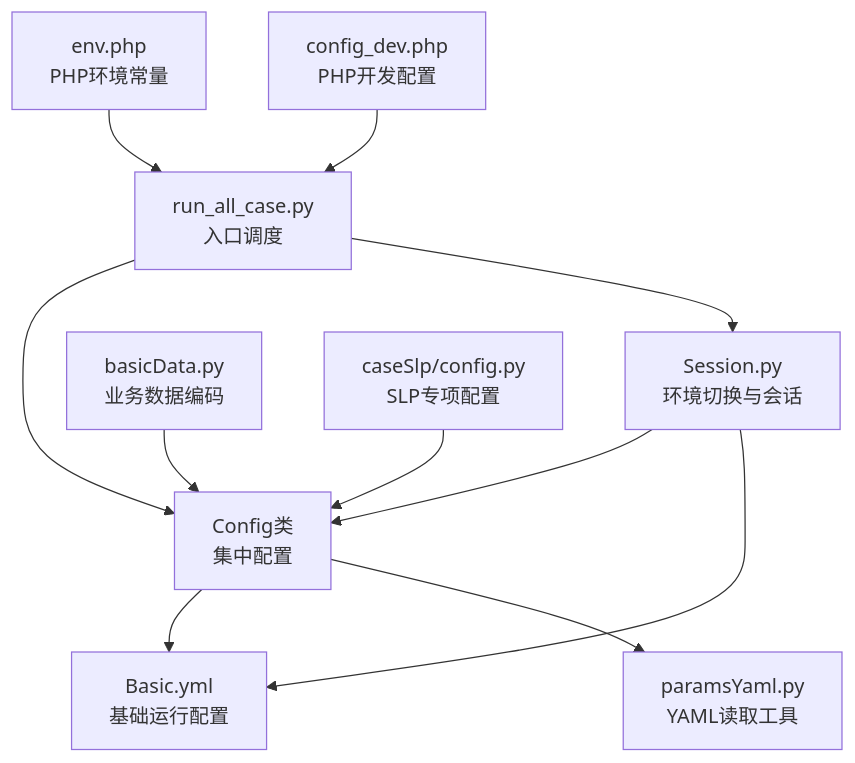
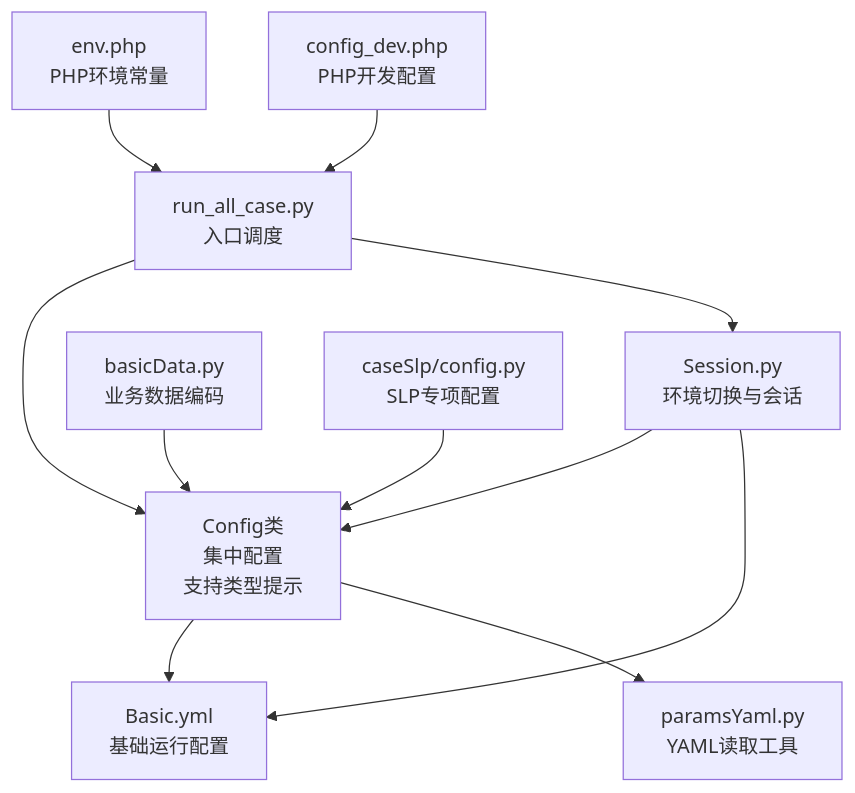
One commit to liximing1-ola/qa-payTest changed the first of 7 diagrams in .qoder/repowiki/zh/content/核心模块/配置管理模块.md. Above: the diagram before and after it, drawn with Mermaid. The commit also changed other lines of this file and 14 other files, not shown here.

````diff
--- a/.qoder/repowiki/zh/content/核心模块/配置管理模块.md
+++ b/.qoder/repowiki/zh/content/核心模块/配置管理模块.md
@@ -44,13 +46,13 @@
 ```mermaid
 graph TB
-Config["Config类<br/>集中配置"] --> BasicYml["Basic.yml<br/>基础运行配置"]
+Config["Config类<br/>集中配置<br/>支持类型提示"] --> BasicYml["Basic.yml<br/>基础运行配置"]
 Config --> ParamsYaml["paramsYaml.py<br/>YAML读取工具"]
 Session["Session.py<br/>环境切换与会话"] --> Config
 Session --> BasicYml
 RunAll["run_all_case.py<br/>入口调度"] --> Config
 RunAll --> Session
 BasicData["basicData.py<br/>业务数据编码"] --> Config
 CaseSlpCfg["caseSlp/config.py<br/>SLP专项配置"] --> Config
 EnvPhp["env.php<br/>PHP环境常量"] --> RunAll
 PhpDevCfg["config_dev.php<br/>PHP开发配置"] --> RunAll
 ```
````
